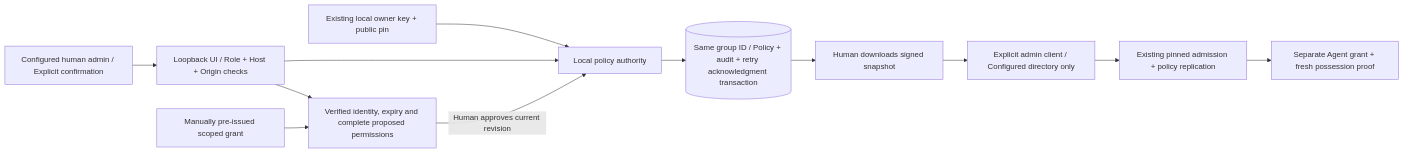
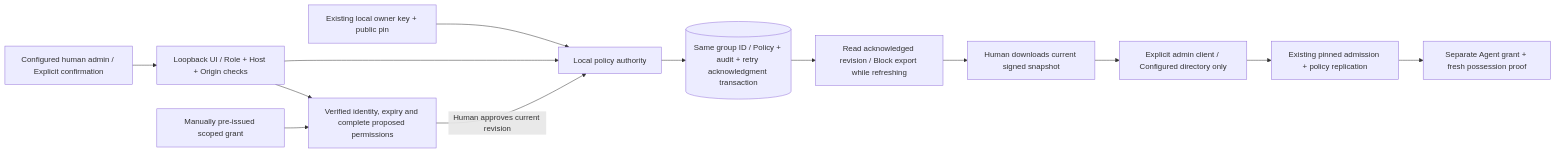
One commit to lgdu/tailnet-agents changed the third of 3 diagrams in docs/architecture.md. Above: the diagram before and after it, drawn with Mermaid. The commit also changed other lines of this file and 6 other files, not shown here.

````diff
--- a/docs/architecture.md
+++ b/docs/architecture.md
@@ -212,14 +212,15 @@
 ```mermaid
 flowchart LR
   HUMAN["Configured human admin / Explicit confirmation"] --> UI["Loopback UI / Role + Host + Origin checks"]
   KEY["Existing local owner key + public pin"] --> SIGN["Local policy authority"]
   UI --> SIGN
   GRANT["Manually pre-issued scoped grant"] --> PREVIEW["Verified identity, expiry and complete proposed permissions"]
   UI --> PREVIEW
   PREVIEW -->|"Human approves current revision"| SIGN
   SIGN --> DB[("Same group ID / Policy + audit + retry acknowledgment transaction")]
-  DB --> EXPORT["Human downloads signed snapshot"]
+  DB --> SNAPSHOT["Read acknowledged revision / Block export while refreshing"]
+  SNAPSHOT --> EXPORT["Human downloads current signed snapshot"]
   EXPORT --> APPLY["Explicit admin client / Configured directory only"]
   APPLY --> DIRECTORY["Existing pinned admission + policy replication"]
   DIRECTORY --> PROOF["Separate Agent grant + fresh possession proof"]
 ```
````
